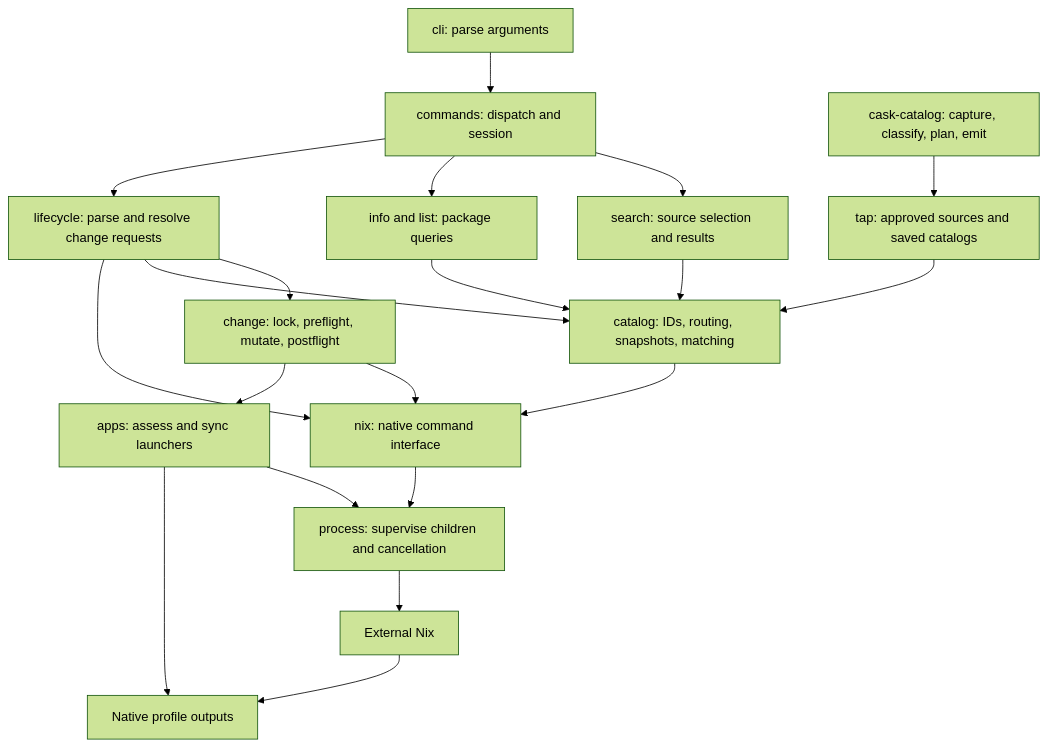
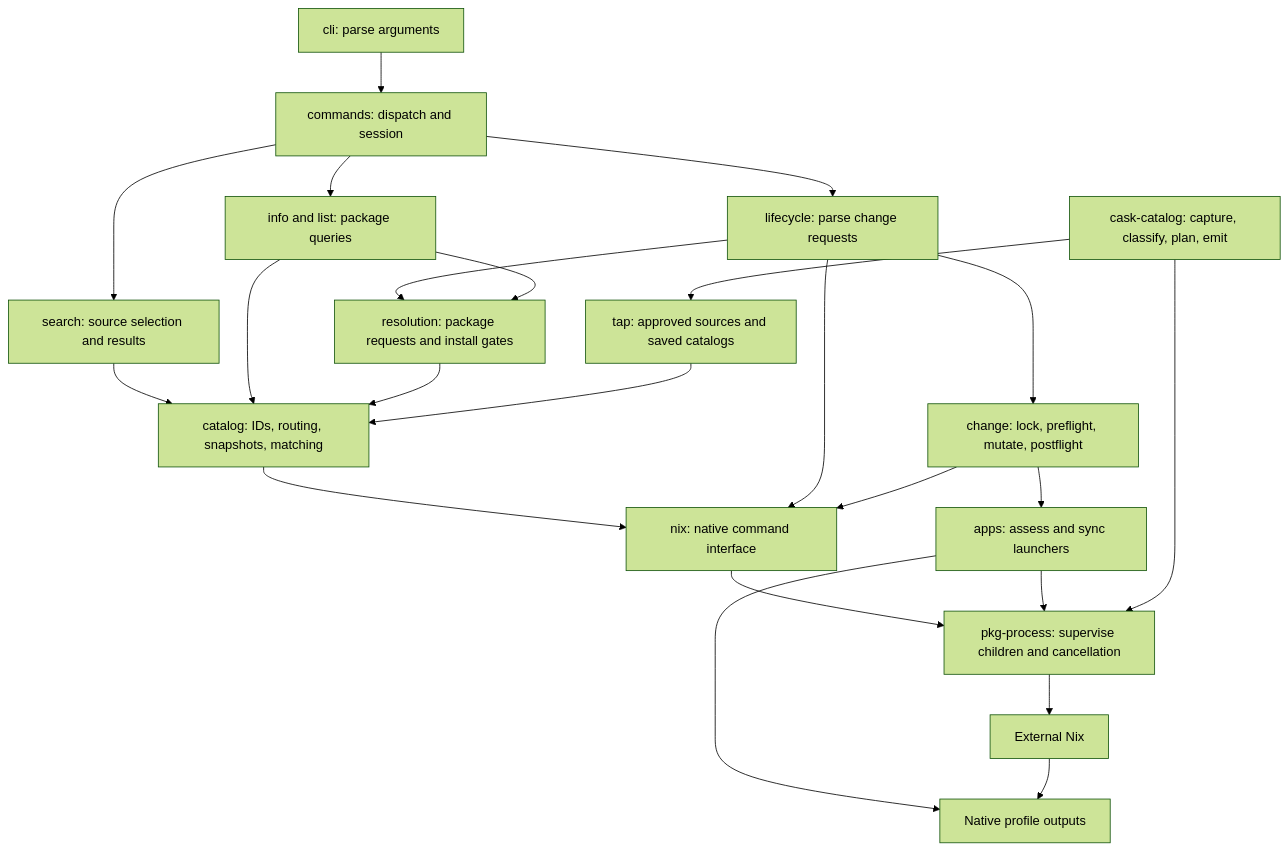
Before and after one commit to spa5k/pkg: the diagram in docs/architecture.md, drawn with Mermaid (forest theme). The commit also changed other lines of this file and 121 other files, not shown here.

First line of the commit message:
refactor: centralize package resolution and update dependencies (#117)

````diff
--- a/docs/architecture.md
+++ b/docs/architecture.md
@@ -7,22 +7,25 @@
 ```mermaid
 flowchart TD
     CLI[cli: parse arguments] --> Commands[commands: dispatch and session]
     Commands --> Search[search: source selection and results]
     Commands --> Info[info and list: package queries]
-    Commands --> Lifecycle[lifecycle: parse and resolve change requests]
+    Commands --> Lifecycle[lifecycle: parse change requests]
     Lifecycle --> Change[change: lock, preflight, mutate, postflight]
     Search --> Catalog[catalog: IDs, routing, snapshots, matching]
     Info --> Catalog
-    Lifecycle --> Catalog
+    Lifecycle --> Resolution[resolution: package requests and install gates]
+    Info --> Resolution
+    Resolution --> Catalog
     Catalog --> Nix[nix: native command interface]
     Lifecycle --> Nix
     Change --> Nix
-    Nix --> Process[process: supervise children and cancellation]
+    Nix --> Process[pkg-process: supervise children and cancellation]
     Process --> Runtime[External Nix]
     Change --> Apps[apps: assess and sync launchers]
     Apps --> Process
     Apps --> Profile[Native profile outputs]
     Runtime --> Profile
     Tap[tap: approved sources and saved catalogs] --> Catalog
     Generator[cask-catalog: capture, classify, plan, emit] --> Tap
+    Generator --> Process
 ```
````
